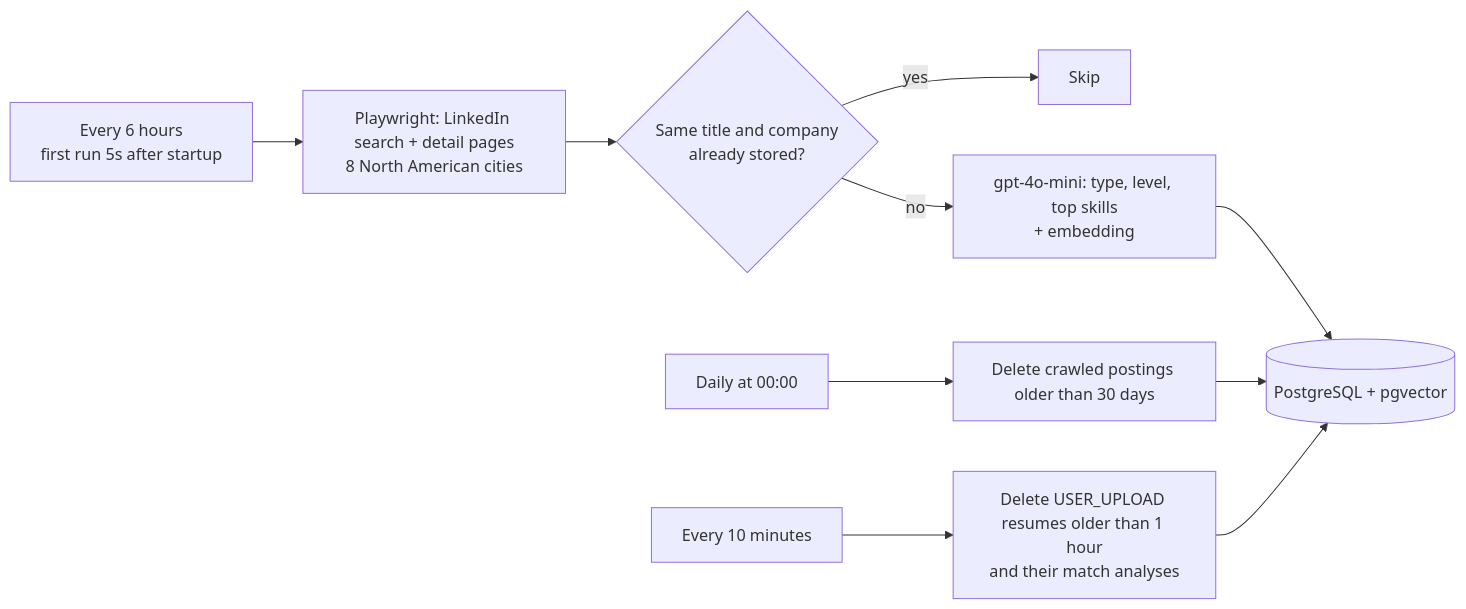
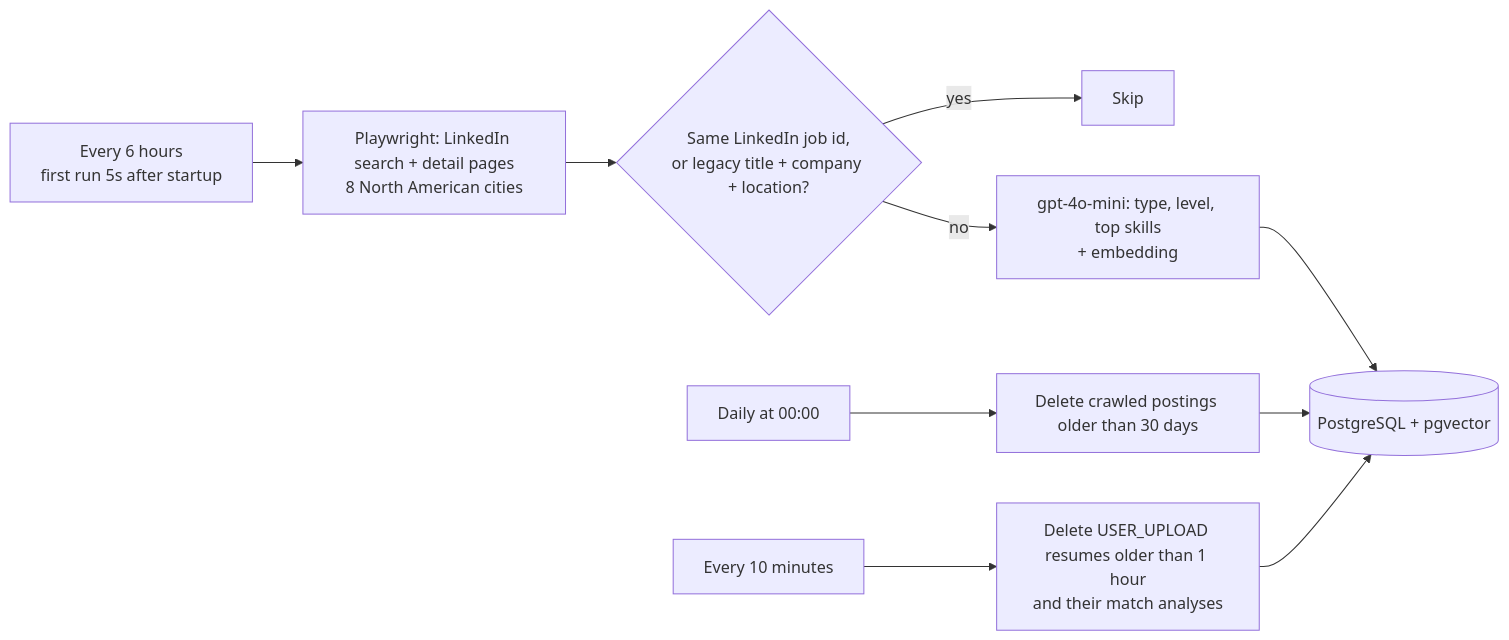
Before and after one commit to junyoungKi/Portfolio-Job-matching-Web: the second of 2 diagrams in README.md, drawn with Mermaid. The commit also changed other lines of this file and 7 other files, not shown here.

First line of the commit message:
Dedup crawled postings by LinkedIn job id

````diff
--- a/README.md
+++ b/README.md
@@ -60,12 +60,12 @@
 ```mermaid
 flowchart LR
     S1[Every 6 hours<br/>first run 5s after startup] --> C[Playwright: LinkedIn search + detail pages<br/>8 North American cities]
-    C --> D{Same title and company<br/>already stored?}
+    C --> D{Same LinkedIn job id,<br/>or legacy title + company + location?}
     D -->|yes| X[Skip]
     D -->|no| T[gpt-4o-mini: type, level, top skills<br/>+ embedding]
     T --> DB[(PostgreSQL + pgvector)]
     S2[Daily at 00:00] --> CL[Delete crawled postings older than 30 days]
     S3[Every 10 minutes] --> RL[Delete USER_UPLOAD resumes older than 1 hour<br/>and their match analyses]
     CL --> DB
     RL --> DB
 ```
````
